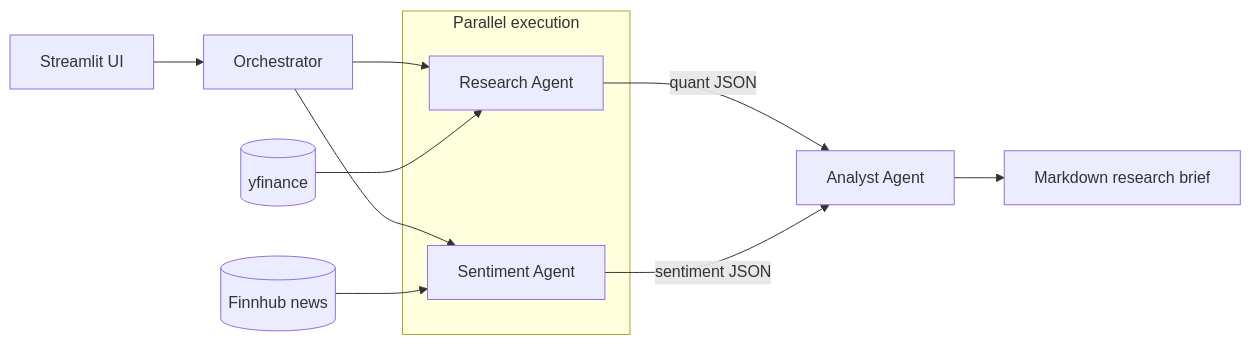
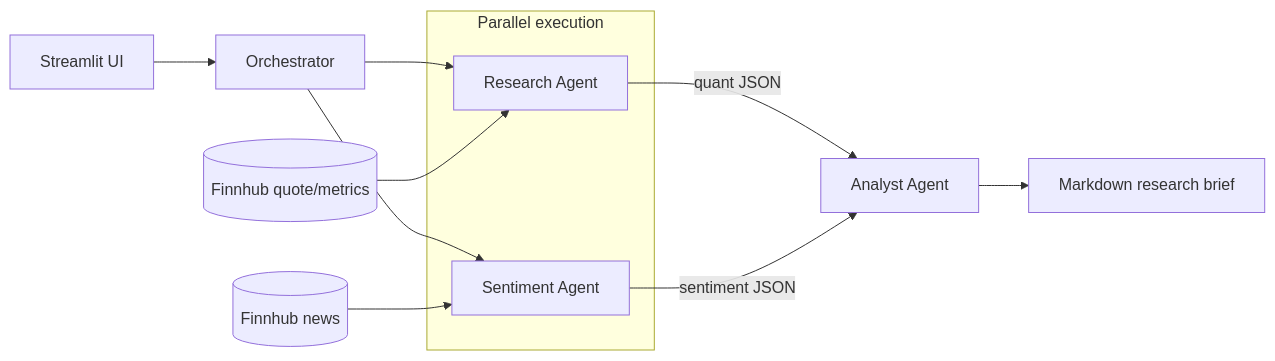
Before and after one commit to yashkumar21/Finance-Research-Engine: the diagram in README.md, drawn with Mermaid. The commit also changed other lines of this file and 5 other files, not shown here.

First line of the commit message:
Move stock data tool from yfinance to Finnhub

````diff
--- a/README.md
+++ b/README.md
@@ -10,20 +10,20 @@
 ```mermaid
 flowchart LR
     U[Streamlit UI] --> O[Orchestrator]
 
     subgraph Parallel execution
         R[Research Agent]
         S[Sentiment Agent]
     end
 
     O --> R
     O --> S
 
-    T1[(yfinance)] --> R
+    T1[(Finnhub quote/metrics)] --> R
     T2[(Finnhub news)] --> S
 
     R -- quant JSON --> A[Analyst Agent]
     S -- sentiment JSON --> A
 
     A --> B[Markdown research brief]
 ```
````
